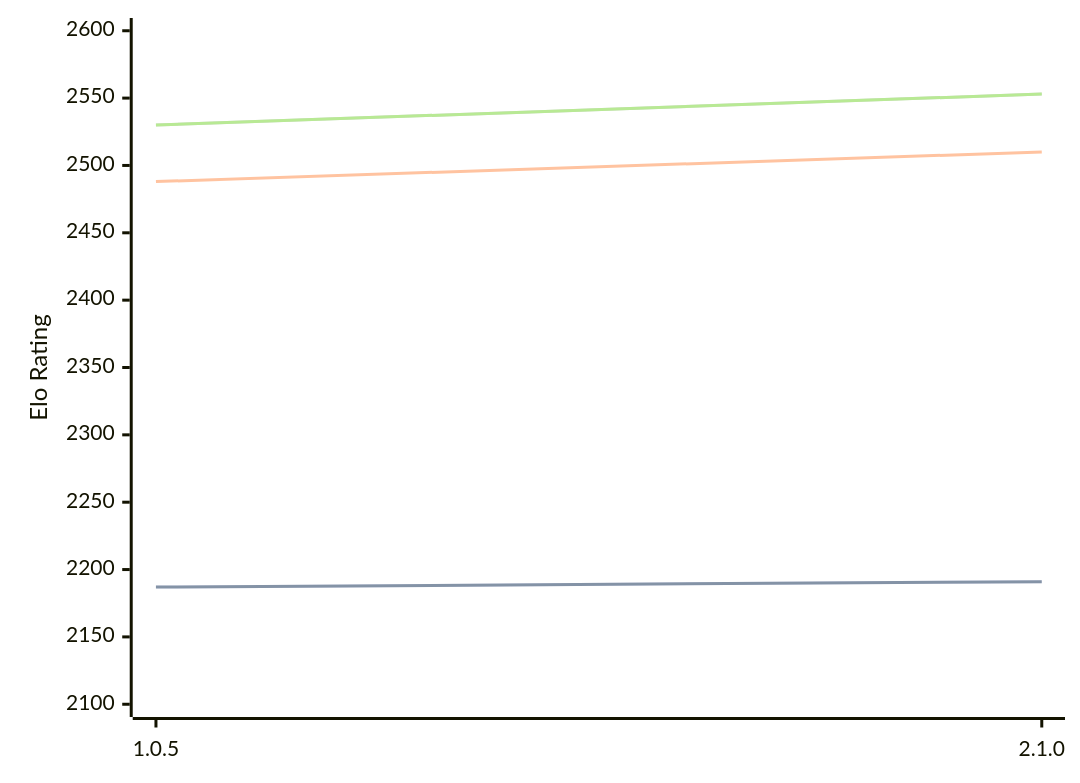
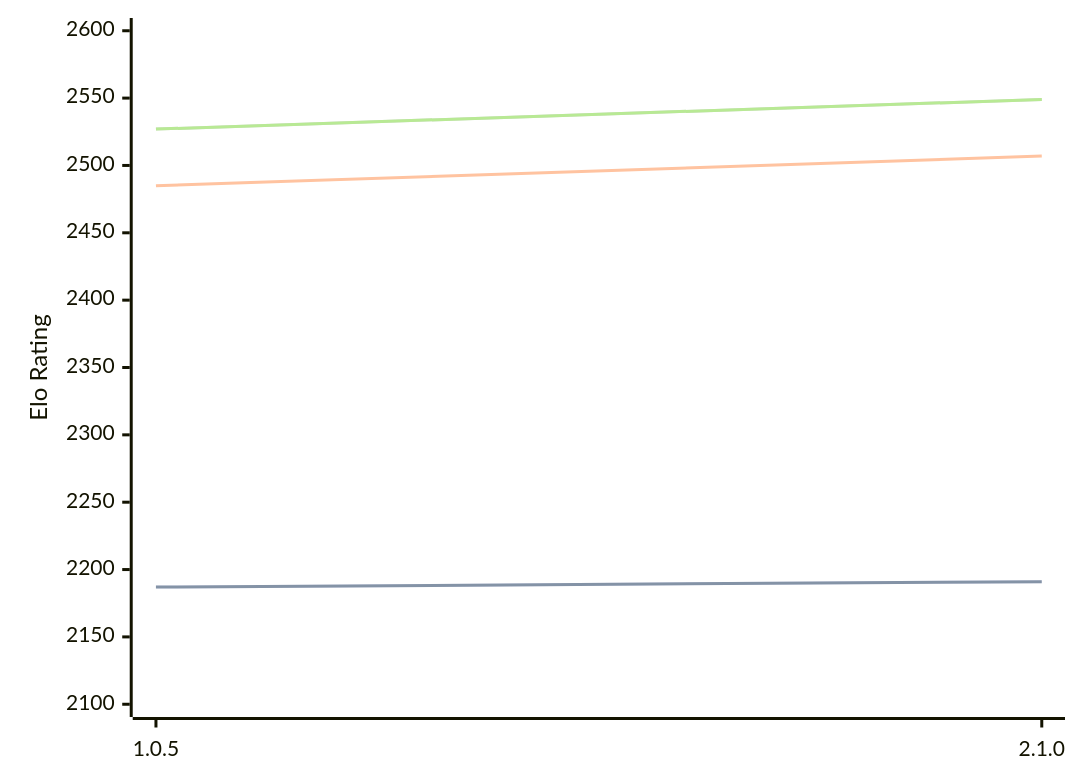
Before and after one commit to computer-chess-index/cci: the diagram in engines/Ruffian.md, drawn with Mermaid. The commit also changed other lines of this file, not shown here.

Commit message:
Update CCI Ratings (ELO VLTC) - 2026-03-10

````diff
--- a/engines/Ruffian.md
+++ b/engines/Ruffian.md
@@ -30,11 +30,11 @@
 ```mermaid
 %%{init: {"theme":"base","themeVariables":{"seriesColors:['#a3a3a3','#222221','#faa371']}}}%%
 xychart-beta
   x-axis ["1.0.5", "2.1.0"]
   y-axis "Elo Rating" 2100 --> 2600
   line "STC (8.0+0.08s)" [2187, 2191]
   line "STC (8.0+0.08s)" [2187, 2191]
-  line "LTC (60.0+0.60s)" [2488, 2510]
-  line "VLTC (2m24s+1.12s)" [2530, 2553]
-  line "VLTC (2m24s+1.12s)" [2530, 2553]
+  line "LTC (60.0+0.60s)" [2485, 2507]
+  line "VLTC (2m24s+1.12s)" [2527, 2549]
+  line "VLTC (2m24s+1.12s)" [2527, 2549]
 ```
````
